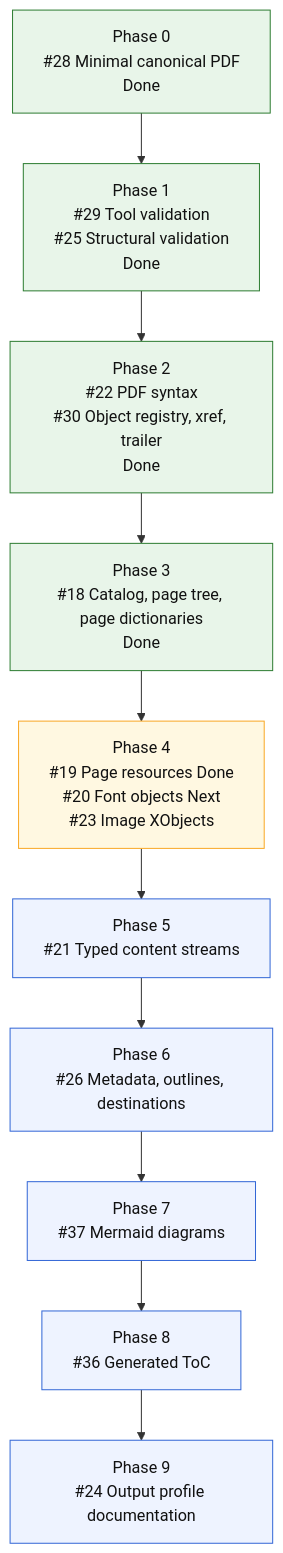
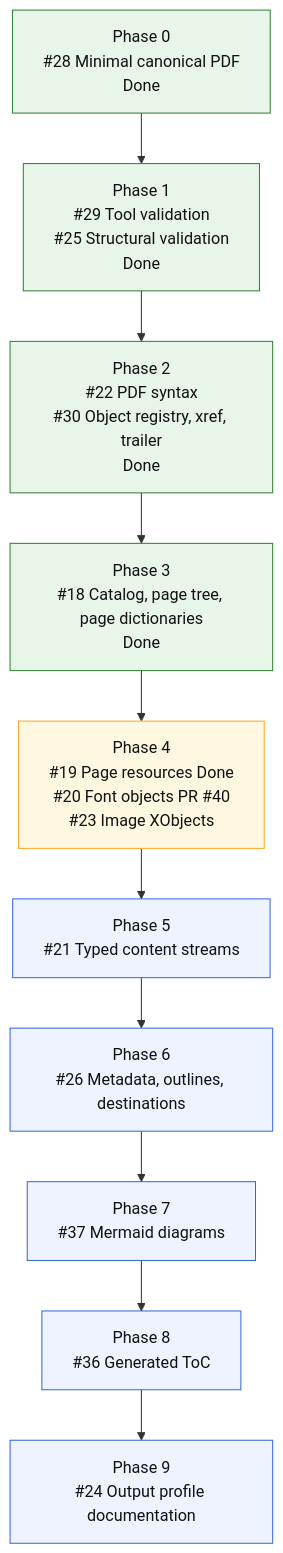
One commit to mihaelamj/MarkdownPDF changed the diagram in README.md. Above: the diagram before and after it, drawn with Mermaid. The commit also changed 5 other files, not shown here.

First line of the commit message:
refactor: model PDF font objects

````diff
--- a/README.md
+++ b/README.md
@@ -126,22 +126,22 @@
 ```mermaid
 flowchart TD
     P0["Phase 0<br/>#28 Minimal canonical PDF<br/>Done"]
     P1["Phase 1<br/>#29 Tool validation<br/>#25 Structural validation<br/>Done"]
     P2["Phase 2<br/>#22 PDF syntax<br/>#30 Object registry, xref, trailer<br/>Done"]
     P3["Phase 3<br/>#18 Catalog, page tree, page dictionaries<br/>Done"]
-    P4["Phase 4<br/>#19 Page resources Done<br/>#20 Font objects Next<br/>#23 Image XObjects"]
+    P4["Phase 4<br/>#19 Page resources Done<br/>#20 Font objects PR #40<br/>#23 Image XObjects"]
     P5["Phase 5<br/>#21 Typed content streams"]
     P6["Phase 6<br/>#26 Metadata, outlines, destinations"]
     P7["Phase 7<br/>#37 Mermaid diagrams"]
     P8["Phase 8<br/>#36 Generated ToC"]
     P9["Phase 9<br/>#24 Output profile documentation"]
 
     P0 --> P1 --> P2 --> P3 --> P4 --> P5 --> P6 --> P7 --> P8 --> P9
 
     classDef done fill:#e8f5e9,stroke:#2e7d32,color:#111;
     classDef next fill:#fff8e1,stroke:#f9a825,color:#111;
     classDef todo fill:#eef3ff,stroke:#3367d6,color:#111;
     class P0,P1,P2,P3 done;
     class P4 next;
     class P5,P6,P7,P8,P9 todo;
 ```
````
